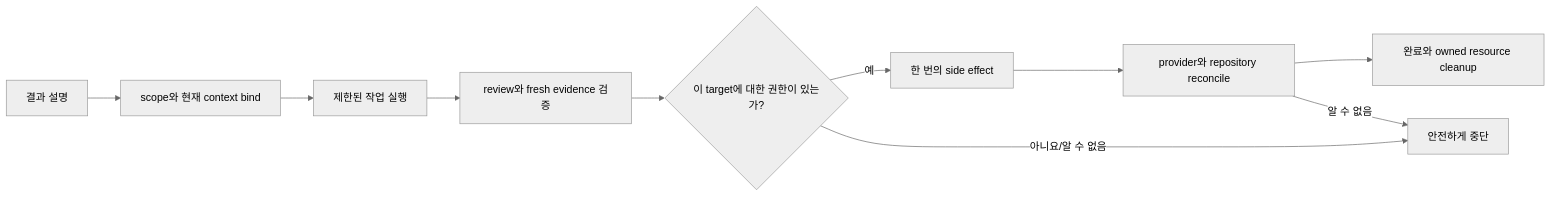
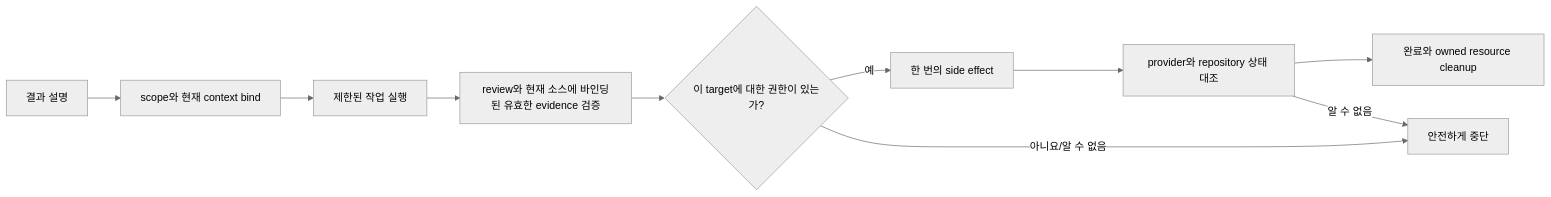
One commit to stephen-taipei/better-workflows changed the diagram in docs/README.ko.md. Above: the diagram before and after it, drawn with Mermaid (neutral theme). The commit also changed other lines of this file and 83 other files, not shown here.

````diff
--- a/docs/README.ko.md
+++ b/docs/README.ko.md
@@ -125,12 +125,12 @@
 ```mermaid
 flowchart LR
   A["결과 설명"] --> B["scope와 현재 context bind"]
   B --> C["제한된 작업 실행"]
-  C --> D["review와 fresh evidence 검증"]
+  C --> D["review와 현재 소스에 바인딩된 유효한 evidence 검증"]
   D --> E{"이 target에 대한 권한이 있는가?"}
   E -- "예" --> F["한 번의 side effect"]
-  F --> G["provider와 repository reconcile"]
+  F --> G["provider와 repository 상태 대조"]
   G --> H["완료와 owned resource cleanup"]
   E -- "아니요/알 수 없음" --> I["안전하게 중단"]
   G -- "알 수 없음" --> I
 ```
````
